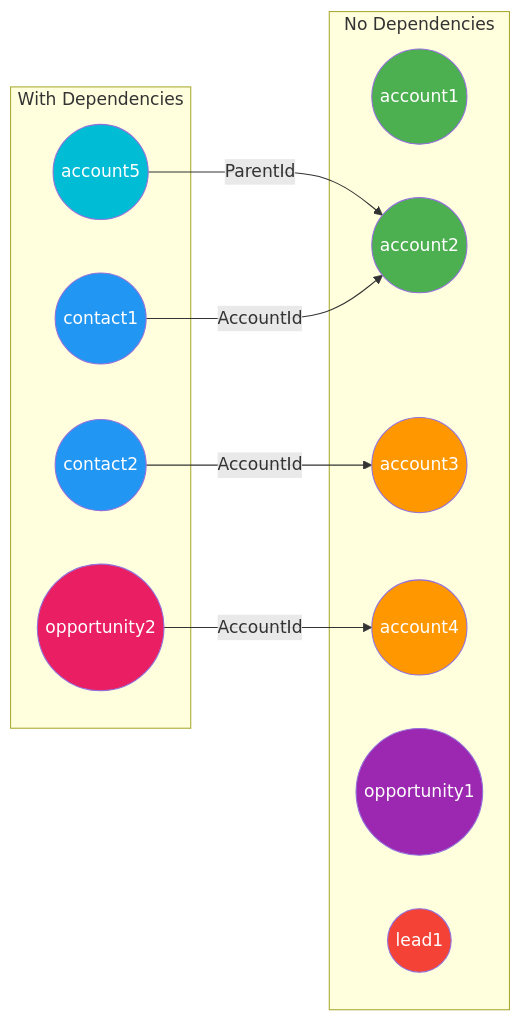
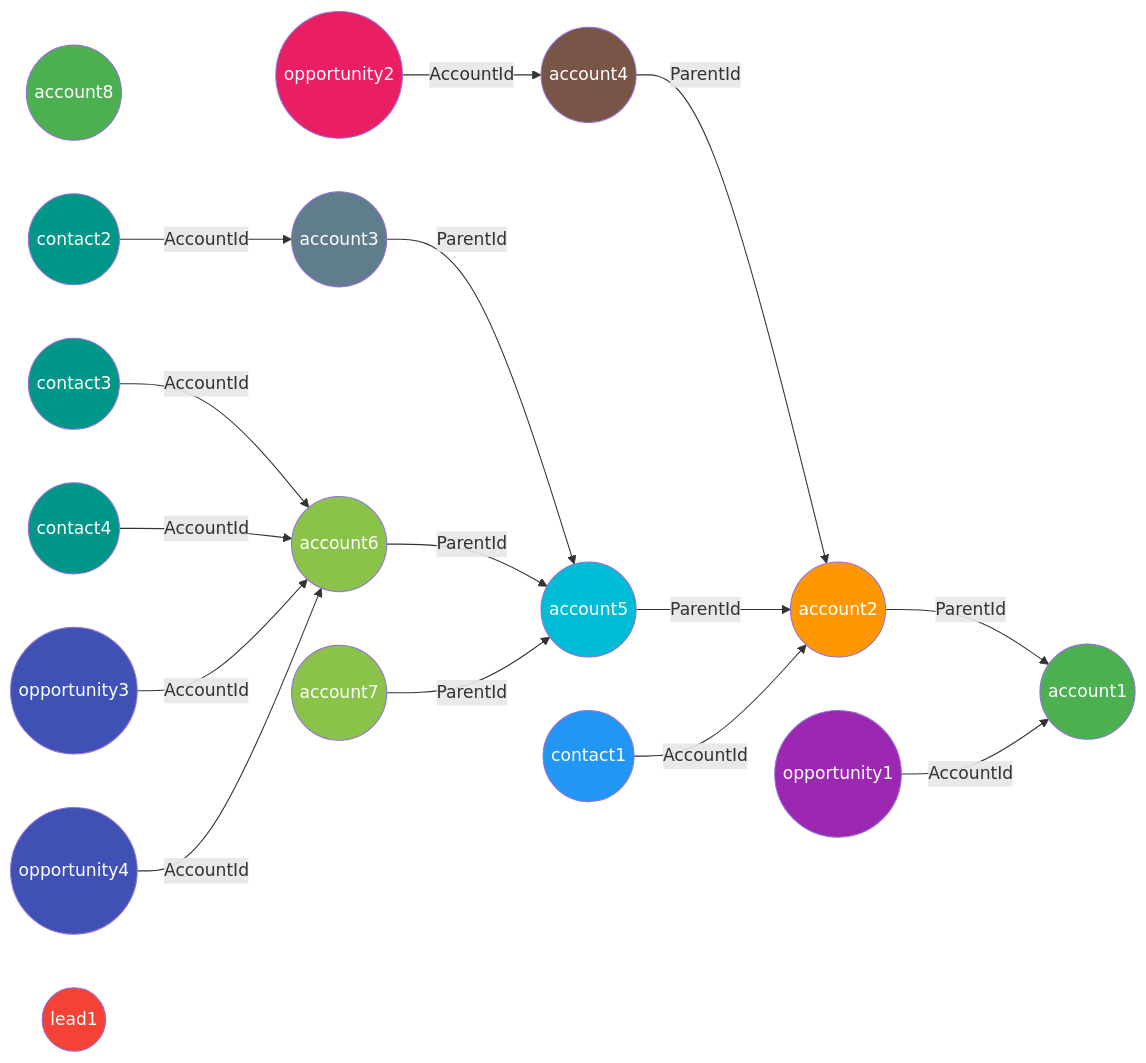
The diagram in website/architecture/registration.md (tom-gangemi/dml-lib), drawn with Mermaid before and after one commit. The commit also changed other lines of this file, not shown here.

Commit message:
documentation update

````diff
--- a/website/architecture/registration.md
+++ b/website/architecture/registration.md
@@ -128,34 +135,53 @@
 ```mermaid
 graph LR
-    subgraph "No Dependencies"
-        account1((account1))
-        account2((account2))
-        account3((account3))
-        account4((account4))
-        opportunity1((opportunity1))
-        lead1((lead1))
-    end
+    account1((account1))
+    account2((account2))
+    account3((account3))
+    account4((account4))
+    account5((account5))
+    account6((account6))
+    account7((account7))
+    account8((account8))
+    contact1((contact1))
+    contact2((contact2))
+    contact3((contact3))
+    contact4((contact4))
+    opportunity1((opportunity1))
+    opportunity2((opportunity2))
+    opportunity3((opportunity3))
+    opportunity4((opportunity4))
+    lead1((lead1))
 
-    subgraph "With Dependencies"
-        account5((account5))
-        contact1((contact1))
-        contact2((contact2))
-        opportunity2((opportunity2))
-    end
-
+    account2 -->|ParentId| account1
+    account4 -->|ParentId| account2
     account5 -->|ParentId| account2
+    account3 -->|ParentId| account5
+    account6 -->|ParentId| account5
+    account7 -->|ParentId| account5
     contact1 -->|AccountId| account2
     contact2 -->|AccountId| account3
+    contact3 -->|AccountId| account6
+    contact4 -->|AccountId| account6
+    opportunity1 -->|AccountId| account1
     opportunity2 -->|AccountId| account4
+    opportunity3 -->|AccountId| account6
+    opportunity4 -->|AccountId| account6
 
     style account1 fill:#4CAF50,color:#fff
-    style account2 fill:#4CAF50,color:#fff
-    style account3 fill:#FF9800,color:#fff
-    style account4 fill:#FF9800,color:#fff
+    style account2 fill:#FF9800,color:#fff
+    style account3 fill:#607D8B,color:#fff
+    style account4 fill:#795548,color:#fff
     style account5 fill:#00BCD4,color:#fff
+    style account6 fill:#8BC34A,color:#fff
+    style account7 fill:#8BC34A,color:#fff
+    style account8 fill:#4CAF50,color:#fff
     style contact1 fill:#2196F3,color:#fff
-    style contact2 fill:#2196F3,color:#fff
+    style contact2 fill:#009688,color:#fff
+    style contact3 fill:#009688,color:#fff
+    style contact4 fill:#009688,color:#fff
     style opportunity1 fill:#9C27B0,color:#fff
     style opportunity2 fill:#E91E63,color:#fff
+    style opportunity3 fill:#3F51B5,color:#fff
+    style opportunity4 fill:#3F51B5,color:#fff
     style lead1 fill:#F44336,color:#fff
 ```
````
